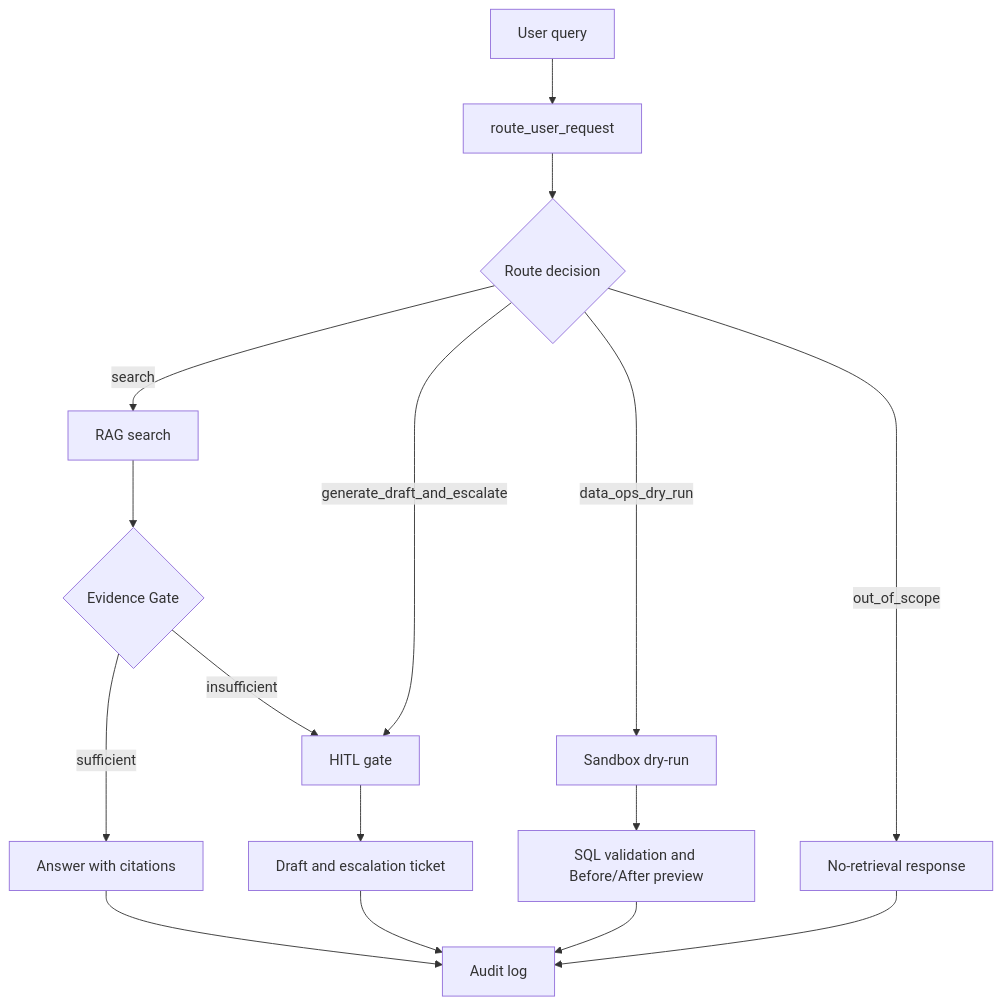
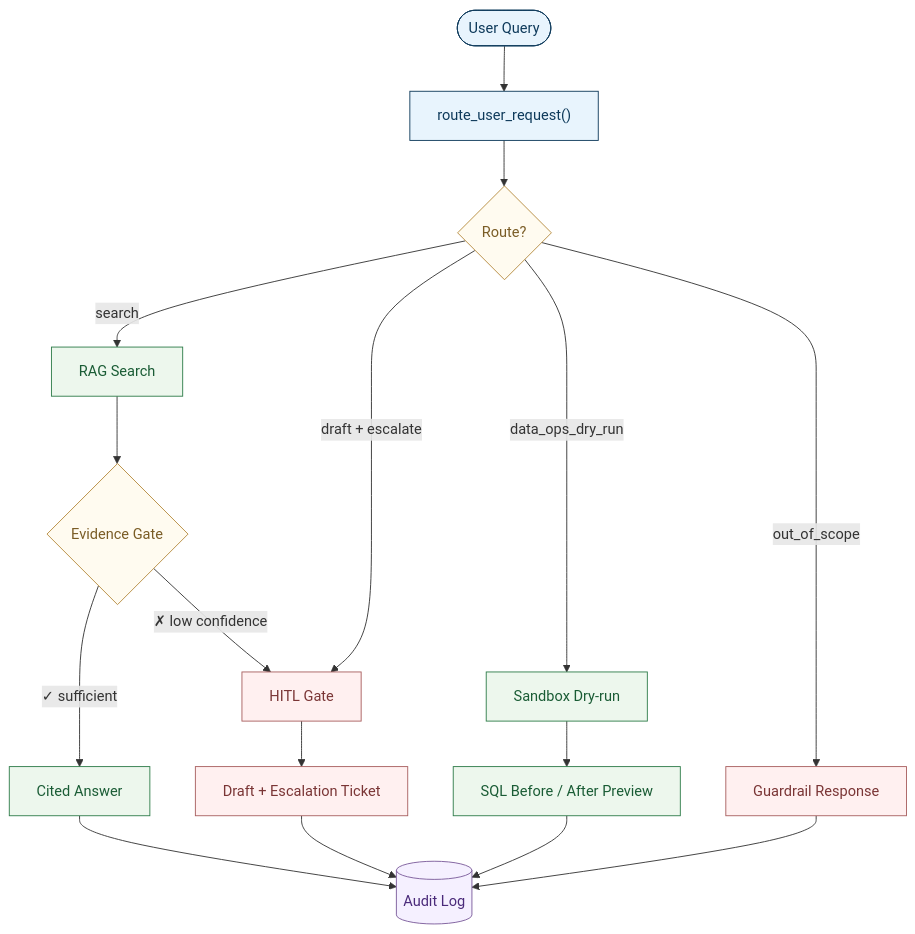
One commit to lyh26x03/governed-agent-workflow-demo changed the second of 2 diagrams in README.md. Above: the diagram before and after it, drawn with Mermaid. The commit also changed other lines of this file and 3 other files, not shown here.

````diff
--- a/README.md
+++ b/README.md
@@ -46,18 +80,24 @@
 ```mermaid
 flowchart TD
-    Q[User query] --> RU[route_user_request]
-    RU --> RD{Route decision}
-    RD -->|search| RS[RAG search]
-    RD -->|generate_draft_and_escalate| HG[HITL gate]
-    RD -->|data_ops_dry_run| DS[Sandbox dry-run]
-    RD -->|out_of_scope| OS[No-retrieval response]
-    RS --> EG{Evidence Gate}
-    EG -->|sufficient| AN[Answer with citations]
-    EG -->|insufficient| HG
-    HG --> ES[Draft and escalation ticket]
-    DS --> DP[SQL validation and Before/After preview]
-    AN --> AL[Audit log]
-    ES --> AL
-    DP --> AL
-    OS --> AL
+    classDef input    fill:#E8F4FD,stroke:#0E3A5B,color:#0E3A5B
+    classDef gate     fill:#FFFBF0,stroke:#B68A3D,color:#7A5C25
+    classDef answer   fill:#EDF7ED,stroke:#2F7D4A,color:#1A5C35
+    classDef escalate fill:#FFF0F0,stroke:#A85F5F,color:#7A3535
+    classDef audit    fill:#F5F0FF,stroke:#7A5A9A,color:#4A2A7A
+
+    Q([User Query]):::input --> RU["route_user_request()"]:::input
+    RU --> RD{Route?}:::gate
+    RD -- "search"               --> RS[RAG Search]:::answer
+    RD -- "draft + escalate"     --> HG[HITL Gate]:::escalate
+    RD -- "data_ops_dry_run"     --> DS[Sandbox Dry-run]:::answer
+    RD -- "out_of_scope"         --> OS[Guardrail Response]:::escalate
+    RS --> EG{Evidence Gate}:::gate
+    EG -- "✓ sufficient"         --> AN[Cited Answer]:::answer
+    EG -- "✗ low confidence"     --> HG
+    HG --> ES[Draft + Escalation Ticket]:::escalate
+    DS --> DP[SQL Before / After Preview]:::answer
+    AN  --> AL[(Audit Log)]:::audit
+    ES  --> AL
+    DP  --> AL
+    OS  --> AL
 ```
````
